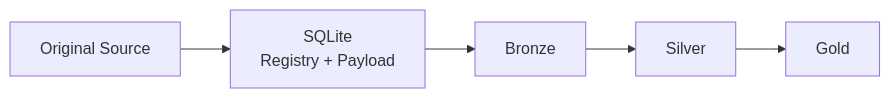
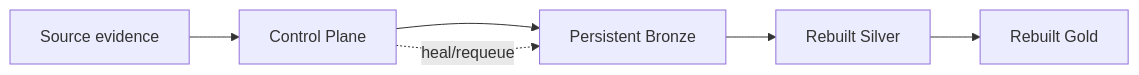
Before and after one commit to tks18/personal-finance-etl: the fifth of 7 diagrams in docs/architecture/reliability-and-recovery.md, drawn with Mermaid. The commit also changed other lines of this file, not shown here.

````diff
--- a/docs/architecture/reliability-and-recovery.md
+++ b/docs/architecture/reliability-and-recovery.md
@@ -243,7 +235,9 @@
 ```mermaid
 flowchart LR
-    FS["Original Source"] --> CP["SQLite<br/>Registry + Payload"]
-    CP --> BR["Bronze"]
-    BR --> SIL["Silver"]
-    SIL --> GOLD["Gold"]
+    SRC[Source evidence] --> CP[Control Plane]
+    CP --> BR[Persistent Bronze]
+    BR --> S[Rebuilt Silver]
+    S --> G[Rebuilt Gold]
+
+    CP -. heal/requeue .-> BR
 ```
````
